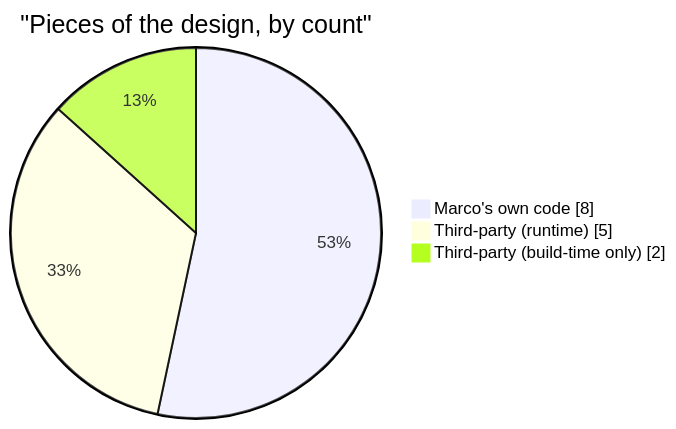
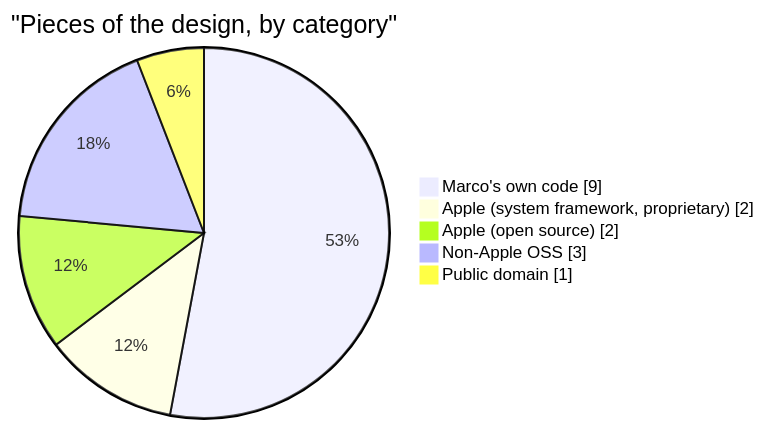
Before and after one commit to marckagan/MarcoSemanticSearch: the sixth of 6 diagrams in docs/PROPOSAL.md, drawn with Mermaid. The commit also changed other lines of this file and 3 other files, not shown here.

````diff
--- a/docs/PROPOSAL.md
+++ b/docs/PROPOSAL.md
@@ -362,7 +303,9 @@
 ```mermaid
 pie showData
-    title "Pieces of the design, by count"
-    "Marco's own code" : 8
-    "Third-party (runtime)" : 5
-    "Third-party (build-time only)" : 2
+    title "Pieces of the design, by category"
+    "Marco's own code" : 9
+    "Apple (system framework, proprietary)" : 2
+    "Apple (open source)" : 2
+    "Non-Apple OSS" : 3
+    "Public domain" : 1
 ```
````
